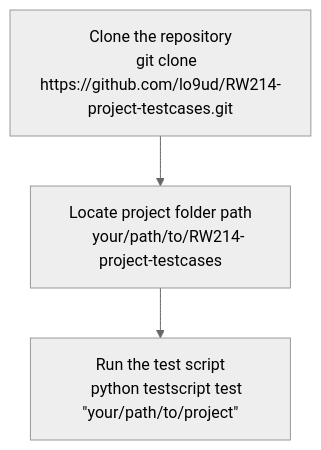
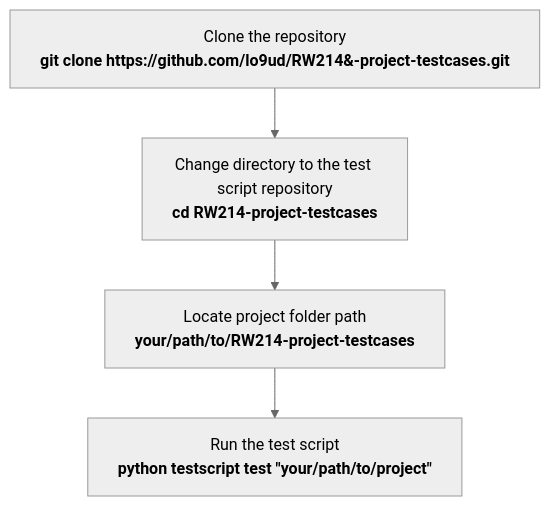
The diagram in README.md (lo9ud/RW214-project-testcases), drawn with Mermaid (neutral theme) before and after one commit. The commit also changed other lines of this file and 1 other file, not shown here.

Commit message:
improve docs

````diff
--- a/README.md
+++ b/README.md
@@ -23,10 +23,16 @@
 ```mermaid
 graph TD
-    Clone["Clone the repository
-    git clone https://github.com/lo9ud/RW214-project-testcases.git "]
-    Locate["Locate project folder path
-    your/path/to/RW214-project-testcases"]
-    Run["Run the test script
-    python testscript test #quot;your/path/to/project#quot;"]
-    Clone --> Locate --> Run
+    Clone["`Clone the repository
+
+**git&nbsp;clone&nbsp;https://github.com/lo9ud/RW214&#8209;project#8209;testcases.git**`"]
+    CD["`Change directory to the test script repository
+
+**cd&nbsp;RW214#8209;project#8209;testcases**`"]
+    Locate["`Locate project folder path
+
+**your/path/to/RW214#8209;project#8209;testcases**`"]
+    Run["`Run the test script
+
+**python&nbsp;testscript&nbsp;test&nbsp;#quot;your/path/to/project#quot;**`"]
+    Clone --> CD --> Locate --> Run
 ```
````
